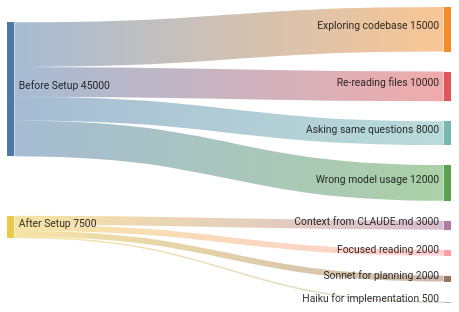
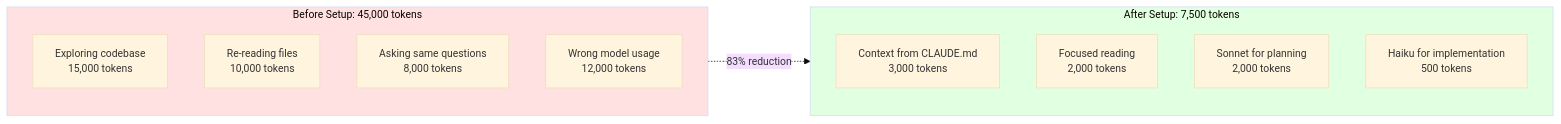
The fifth of 5 diagrams in docs/00-start-here/06_visual-guides.md (christianearle01/claude-config-template), drawn with Mermaid before and after one commit. The commit also changed other lines of this file and 9 other files, not shown here.

First line of the commit message:
docs: Fix broken links and Mermaid rendering (Week 1 - v4.9.1)

````diff
--- a/docs/00-start-here/06_visual-guides.md
+++ b/docs/00-start-here/06_visual-guides.md
@@ -228,14 +228,22 @@
 ```mermaid
-sankey-beta
+%%{init: {'theme':'base', 'themeVariables': { 'fontSize':'14px'}}}%%
+graph LR
+    subgraph Before["Before Setup: 45,000 tokens"]
+        B1["Exploring codebase<br/>15,000 tokens"]
+        B2["Re-reading files<br/>10,000 tokens"]
+        B3["Asking same questions<br/>8,000 tokens"]
+        B4["Wrong model usage<br/>12,000 tokens"]
+    end
 
-%% Token flow optimization visualization
-Before Setup,Exploring codebase,15000
-Before Setup,Re-reading files,10000
-Before Setup,Asking same questions,8000
-Before Setup,Wrong model usage,12000
+    subgraph After["After Setup: 7,500 tokens"]
+        A1["Context from CLAUDE.md<br/>3,000 tokens"]
+        A2["Focused reading<br/>2,000 tokens"]
+        A3["Sonnet for planning<br/>2,000 tokens"]
+        A4["Haiku for implementation<br/>500 tokens"]
+    end
 
-After Setup,Context from CLAUDE.md,3000
-After Setup,Focused reading,2000
-After Setup,Sonnet for planning,2000
-After Setup,Haiku for implementation,500
+    Before -.->|"83% reduction"| After
+
+    style Before fill:#ffe1e1
+    style After fill:#e1ffe1
 ```
````
